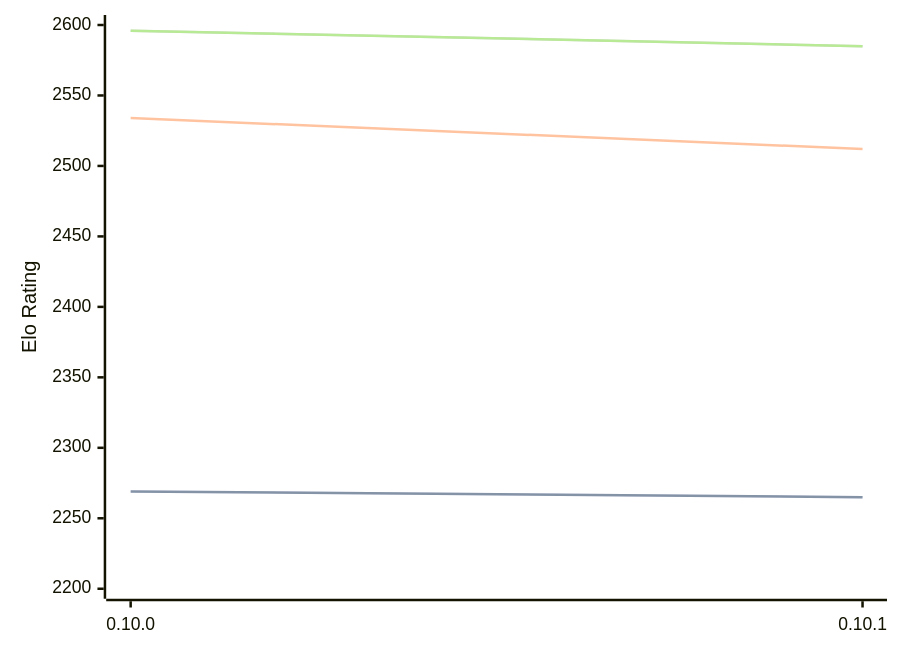
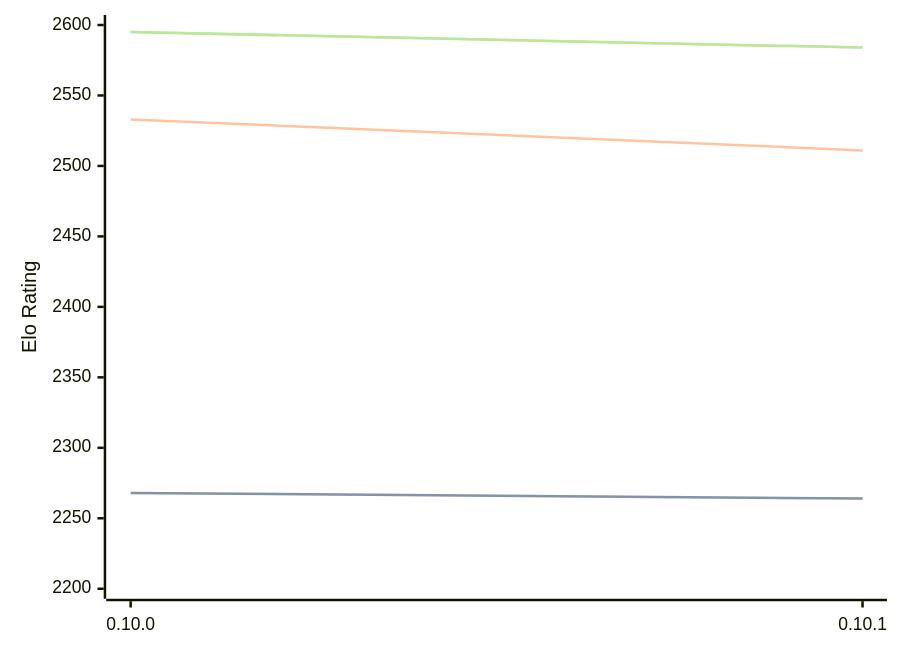
Before and after one commit to computer-chess-index/cci: the diagram in engines/Fatalii.md, drawn with Mermaid. The commit also changed other lines of this file, not shown here.

Commit message:
Update CCI Ratings (ELO VLTC) - 2026-06-07

````diff
--- a/engines/Fatalii.md
+++ b/engines/Fatalii.md
@@ -46,11 +46,11 @@
 ```mermaid
 %%{init: {"theme":"base","themeVariables":{"seriesColors:['#a3a3a3','#222221','#faa371']}}}%%
 xychart-beta
   x-axis ["0.10.0", "0.10.1"]
   y-axis "Elo Rating" 2200 --> 2600
-  line "STC (8.0+0.08s)" [2269, 2265]
-  line "STC (8.0+0.08s)" [2269, 2265]
-  line "LTC (60.0+0.60s)" [2534, 2512]
-  line "VLTC (2m24s+1.12s)" [2596, 2585]
-  line "VLTC (2m24s+1.12s)" [2596, 2585]
+  line "STC (8.0+0.08s)" [2268, 2264]
+  line "STC (8.0+0.08s)" [2268, 2264]
+  line "LTC (60.0+0.60s)" [2533, 2511]
+  line "VLTC (2m24s+1.12s)" [2595, 2584]
+  line "VLTC (2m24s+1.12s)" [2595, 2584]
 ```
````
